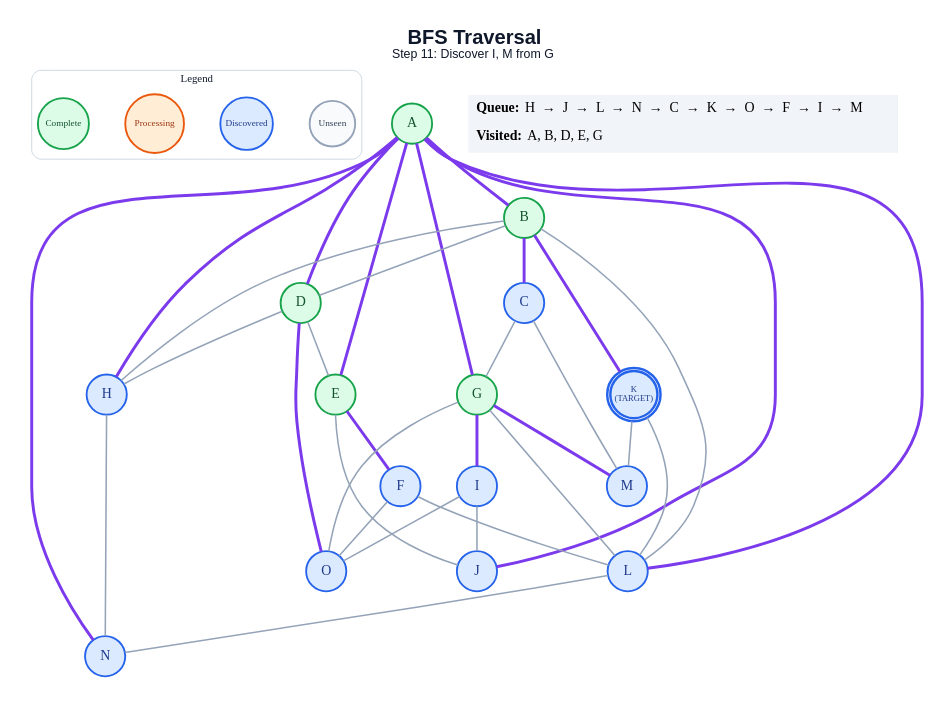
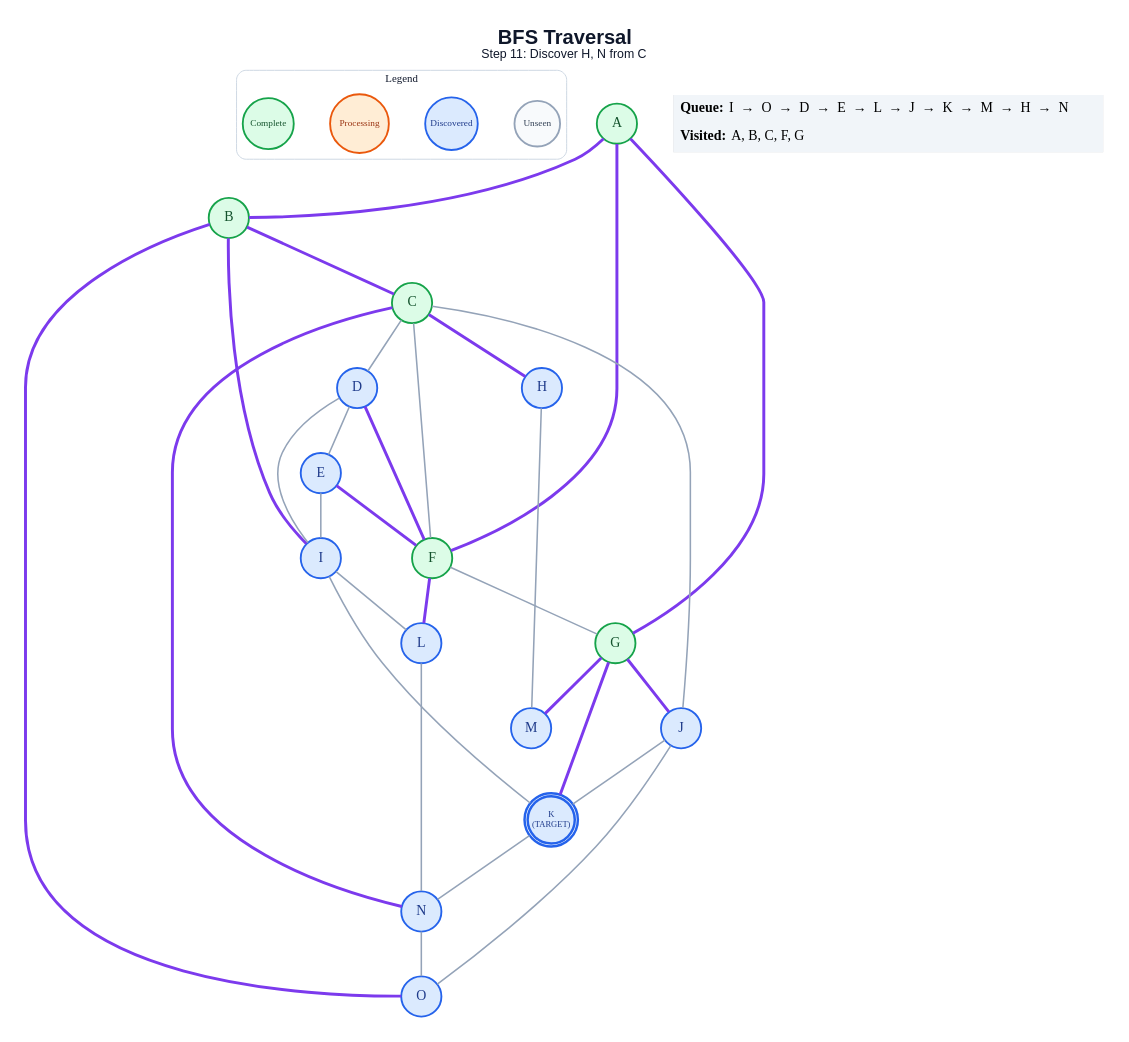
The diagram in generated/bfs/step_11.dot (anon7238593-create/ai-slop), drawn with Graphviz before and after one commit. The commit also changed 248 other files, not shown here.

```diff
--- a/generated/bfs/step_11.dot
+++ b/generated/bfs/step_11.dot
@@ -1,66 +1,63 @@
 graph traversal {
   graph [layout=dot, rankdir=TB, bgcolor="#FFFFFF", pad="0.35", nodesep="0.65", ranksep="0.8", fontname="Arial"];
   node [shape=circle, style="filled", fontname="Arial Bold", fontsize=18, width=0.72, fixedsize=true, penwidth=2.4];
   edge [color="#94A3B8", penwidth=2.0];
-  label=<<B>BFS Traversal</B><BR/><FONT POINT-SIZE="16">Step 11: Discover I, M from G</FONT>>; labelloc="t"; fontsize=26; fontname="Arial"; fontcolor="#0F172A";
+  label=<<B>BFS Traversal</B><BR/><FONT POINT-SIZE="16">Step 11: Discover H, N from C</FONT>>; labelloc="t"; fontsize=26; fontname="Arial"; fontcolor="#0F172A";
   subgraph cluster_legend { label="Legend"; color="#CBD5E1"; penwidth=1.2; style="rounded"; fontsize=14; fontname="Arial Bold";
     key_unseen [label="Unseen", fillcolor="#F8FAFC", color="#94A3B8", fontcolor="#334155", fontsize=12, width=0.82];
     key_frontier [label="Discovered", fillcolor="#DBEAFE", color="#2563EB", fontcolor="#1E3A8A", fontsize=12, width=0.95];
     key_current [label="Processing", fillcolor="#FFEDD5", color="#EA580C", fontcolor="#9A3412", fontsize=12, width=1.05];
     key_done [label="Complete", fillcolor="#DCFCE7", color="#16A34A", fontcolor="#14532D", fontsize=12, width=0.92];
     { rank=same; key_unseen; key_frontier; key_current; key_done; }
   }
   A [label="A", fillcolor="#DCFCE7", color="#16A34A", fontcolor="#14532D", peripheries=1, penwidth=2.4];
   B [label="B", fillcolor="#DCFCE7", color="#16A34A", fontcolor="#14532D", peripheries=1, penwidth=2.4];
-  C [label="C", fillcolor="#DBEAFE", color="#2563EB", fontcolor="#1E3A8A", peripheries=1, penwidth=2.4];
-  D [label="D", fillcolor="#DCFCE7", color="#16A34A", fontcolor="#14532D", peripheries=1, penwidth=2.4];
-  E [label="E", fillcolor="#DCFCE7", color="#16A34A", fontcolor="#14532D", peripheries=1, penwidth=2.4];
-  F [label="F", fillcolor="#DBEAFE", color="#2563EB", fontcolor="#1E3A8A", peripheries=1, penwidth=2.4];
+  C [label="C", fillcolor="#DCFCE7", color="#16A34A", fontcolor="#14532D", peripheries=1, penwidth=2.4];
+  D [label="D", fillcolor="#DBEAFE", color="#2563EB", fontcolor="#1E3A8A", peripheries=1, penwidth=2.4];
+  E [label="E", fillcolor="#DBEAFE", color="#2563EB", fontcolor="#1E3A8A", peripheries=1, penwidth=2.4];
+  F [label="F", fillcolor="#DCFCE7", color="#16A34A", fontcolor="#14532D", peripheries=1, penwidth=2.4];
   G [label="G", fillcolor="#DCFCE7", color="#16A34A", fontcolor="#14532D", peripheries=1, penwidth=2.4];
   H [label="H", fillcolor="#DBEAFE", color="#2563EB", fontcolor="#1E3A8A", peripheries=1, penwidth=2.4];
   I [label="I", fillcolor="#DBEAFE", color="#2563EB", fontcolor="#1E3A8A", peripheries=1, penwidth=2.4];
   J [label="J", fillcolor="#DBEAFE", color="#2563EB", fontcolor="#1E3A8A", peripheries=1, penwidth=2.4];
   K [label="K\n(TARGET)", fillcolor="#DBEAFE", color="#2563EB", fontcolor="#1E3A8A", peripheries=2, penwidth=3.2, fontsize=11, width=0.85, height=0.85];
   L [label="L", fillcolor="#DBEAFE", color="#2563EB", fontcolor="#1E3A8A", peripheries=1, penwidth=2.4];
   M [label="M", fillcolor="#DBEAFE", color="#2563EB", fontcolor="#1E3A8A", peripheries=1, penwidth=2.4];
   N [label="N", fillcolor="#DBEAFE", color="#2563EB", fontcolor="#1E3A8A", peripheries=1, penwidth=2.4];
   O [label="O", fillcolor="#DBEAFE", color="#2563EB", fontcolor="#1E3A8A", peripheries=1, penwidth=2.4];
   A -- B [color="#7C3AED", penwidth=3.8];
-  A -- D [color="#7C3AED", penwidth=3.8];
-  A -- E [color="#7C3AED", penwidth=3.8];
+  A -- F [color="#7C3AED", penwidth=3.8];
   A -- G [color="#7C3AED", penwidth=3.8];
-  A -- H [color="#7C3AED", penwidth=3.8];
-  A -- J [color="#7C3AED", penwidth=3.8];
-  A -- L [color="#7C3AED", penwidth=3.8];
-  A -- N [color="#7C3AED", penwidth=3.8];
   B -- C [color="#7C3AED", penwidth=3.8];
-  B -- D;
-  B -- H;
-  B -- K [color="#7C3AED", penwidth=3.8];
-  B -- L;
-  C -- G;
-  C -- M;
+  B -- I [color="#7C3AED", penwidth=3.8];
+  B -- O [color="#7C3AED", penwidth=3.8];
+  C -- D;
+  C -- F;
+  C -- H [color="#7C3AED", penwidth=3.8];
+  C -- J;
+  C -- N [color="#7C3AED", penwidth=3.8];
   D -- E;
-  D -- H;
-  D -- O [color="#7C3AED", penwidth=3.8];
+  D -- F [color="#7C3AED", penwidth=3.8];
+  D -- I;
   E -- F [color="#7C3AED", penwidth=3.8];
-  E -- J;
-  F -- L;
-  F -- O;
-  G -- I [color="#7C3AED", penwidth=3.8];
-  G -- L;
+  E -- I;
+  F -- G;
+  F -- L [color="#7C3AED", penwidth=3.8];
+  G -- J [color="#7C3AED", penwidth=3.8];
+  G -- K [color="#7C3AED", penwidth=3.8];
   G -- M [color="#7C3AED", penwidth=3.8];
-  G -- O;
-  H -- N;
-  I -- J;
-  I -- O;
-  K -- L;
-  K -- M;
+  H -- M;
+  I -- K;
+  I -- L;
+  J -- K;
+  J -- O;
+  K -- N;
   L -- N;
+  N -- O;
   status [shape=plain, fixedsize=false, width=0, height=0, margin=0, label=<
     <TABLE BORDER="0" CELLBORDER="0" CELLPADDING="7" BGCOLOR="#F1F5F9">
-      <TR><TD ALIGN="LEFT"><B>Queue:</B> H  →  J  →  L  →  N  →  C  →  K  →  O  →  F  →  I  →  M</TD></TR>
-      <TR><TD ALIGN="LEFT"><B>Visited:</B> A, B, D, E, G</TD></TR>
+      <TR><TD ALIGN="LEFT"><B>Queue:</B> I  →  O  →  D  →  E  →  L  →  J  →  K  →  M  →  H  →  N</TD></TR>
+      <TR><TD ALIGN="LEFT"><B>Visited:</B> A, B, C, F, G</TD></TR>
     </TABLE>
   >];
 }
```
